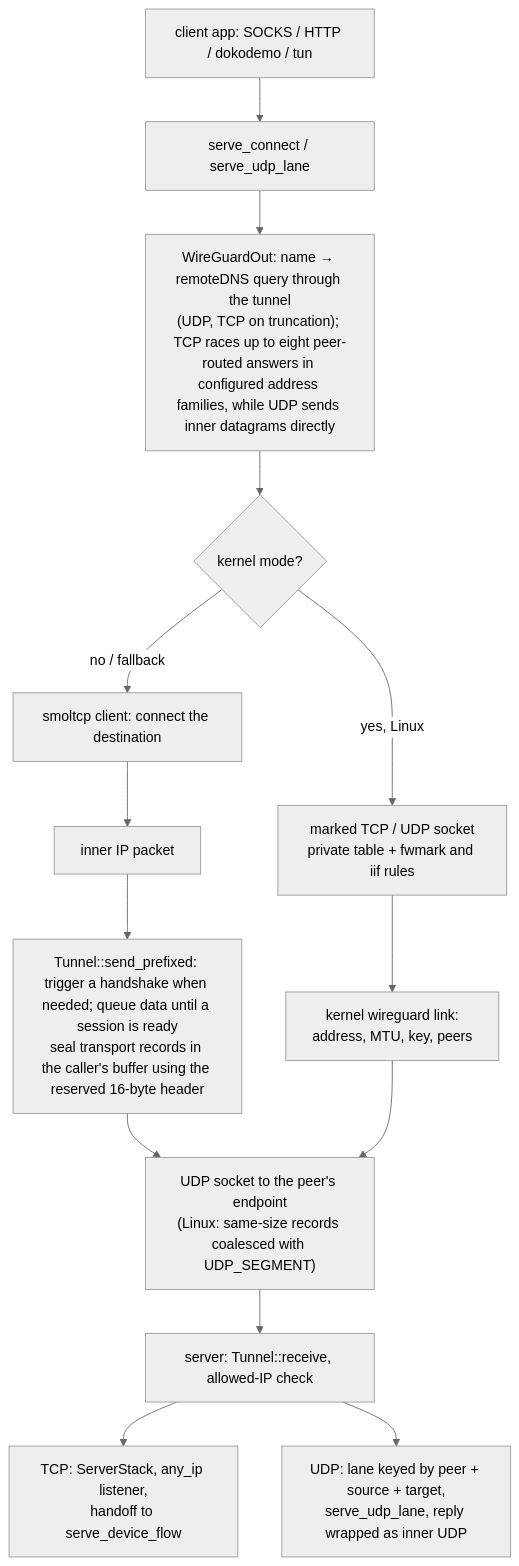
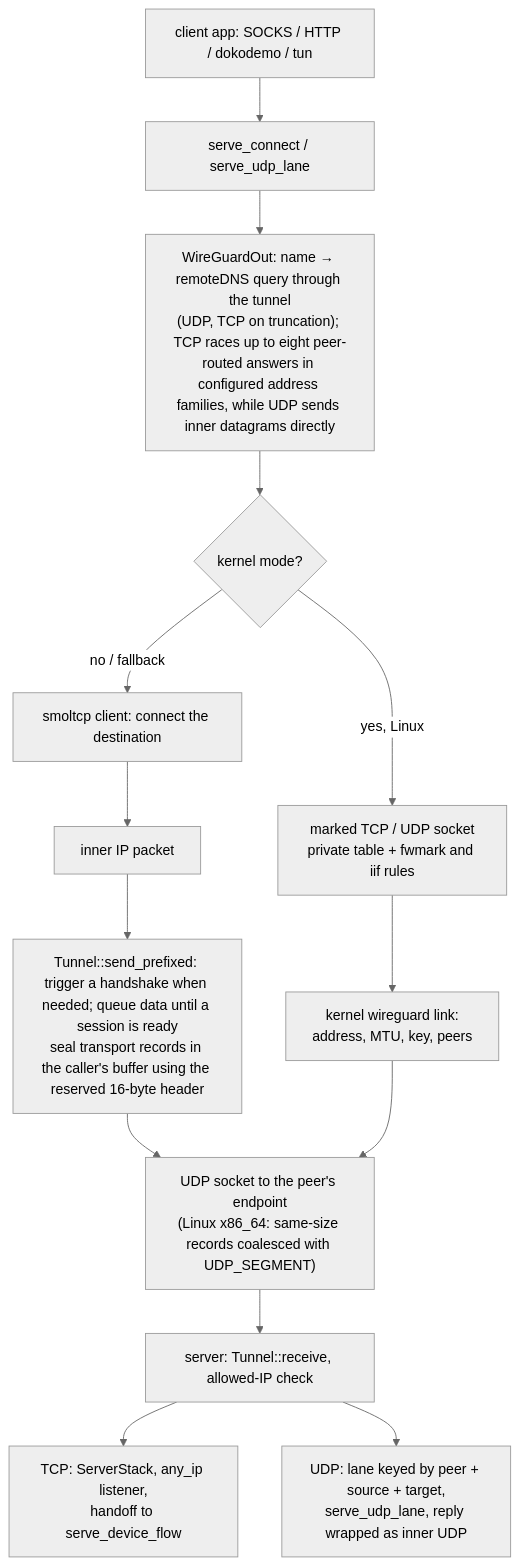
One commit to Ferrocite/ferrox changed the diagram in docs/function/wireguard.md. Above: the diagram before and after it, drawn with Mermaid (neutral theme). The commit also changed other lines of this file and 1 other file, not shown here.

Commit message:
wireguard: coalesce with UDP_SEGMENT only on x86_64 (#1212)

````diff
--- a/docs/function/wireguard.md
+++ b/docs/function/wireguard.md
@@ -23,16 +23,16 @@
 ```mermaid
 graph TD
     A["client app: SOCKS / HTTP / dokodemo / tun"] --> B["serve_connect / serve_udp_lane"]
     B --> C["WireGuardOut: name → remoteDNS query through the tunnel<br/>(UDP, TCP on truncation); TCP races up to eight peer-routed answers in configured address families, while UDP sends inner datagrams directly"]
     C --> K{"kernel mode?"}
     K -->|yes, Linux| L["marked TCP / UDP socket<br/>private table + fwmark and iif rules"]
     L --> M["kernel wireguard link:<br/>address, MTU, key, peers"]
     K -->|no / fallback| N["smoltcp client: connect the destination"]
     N --> D["inner IP packet"]
     D --> E["Tunnel::send_prefixed: trigger a handshake when needed; queue data until a session is ready<br/>seal transport records in the caller's buffer using the reserved 16-byte header"]
-    E --> F["UDP socket to the peer's endpoint<br/>(Linux: same-size records coalesced with UDP_SEGMENT)"]
+    E --> F["UDP socket to the peer's endpoint<br/>(Linux x86_64: same-size records coalesced with UDP_SEGMENT)"]
     M --> F
     F --> G["server: Tunnel::receive, allowed-IP check"]
     G --> H["TCP: ServerStack, any_ip listener,<br/>handoff to serve_device_flow"]
     G --> I["UDP: lane keyed by peer + source + target,<br/>serve_udp_lane, reply wrapped as inner UDP"]
 ```
````
